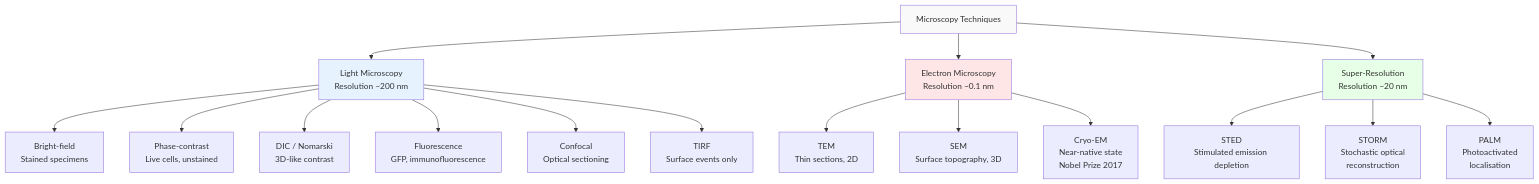
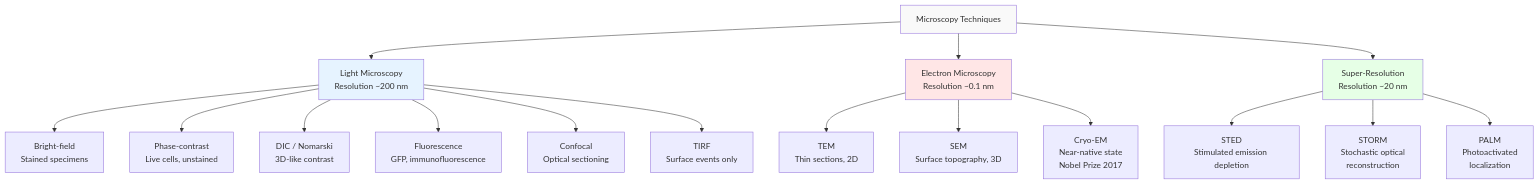
Before and after one commit to docxology/biology_textbook: the second of 3 diagrams in manuscript/unit_II/cell_theory.md, drawn with Mermaid. The commit also changed other lines of this file and 247 other files, not shown here.

````diff
--- a/manuscript/unit_II/cell_theory.md
+++ b/manuscript/unit_II/cell_theory.md
@@ -289,26 +291,26 @@
 ```mermaid
 flowchart TD
     A["Microscopy Techniques"] --> B["Light Microscopy<br/>Resolution ~200 nm"]
     A --> C["Electron Microscopy<br/>Resolution ~0.1 nm"]
     A --> D["Super-Resolution<br/>Resolution ~20 nm"]
 
     B --> B1["Bright-field<br/>Stained specimens"]
     B --> B2["Phase-contrast<br/>Live cells, unstained"]
     B --> B3["DIC / Nomarski<br/>3D-like contrast"]
     B --> B4["Fluorescence<br/>GFP, immunofluorescence"]
     B --> B5["Confocal<br/>Optical sectioning"]
     B --> B6["TIRF<br/>Surface events only"]
 
     C --> C1["TEM<br/>Thin sections, 2D"]
     C --> C2["SEM<br/>Surface topography, 3D"]
     C --> C3["Cryo-EM<br/>Near-native state<br/>Nobel Prize 2017"]
 
     D --> D1["STED<br/>Stimulated emission depletion"]
     D --> D2["STORM<br/>Stochastic optical<br/>reconstruction"]
-    D --> D3["PALM<br/>Photoactivated<br/>localisation"]
+    D --> D3["PALM<br/>Photoactivated<br/>localization"]
 
     style A fill:#f9f9f9
     style B fill:#e6f3ff
     style C fill:#ffe6e6
     style D fill:#e6ffe6
 ```
````
